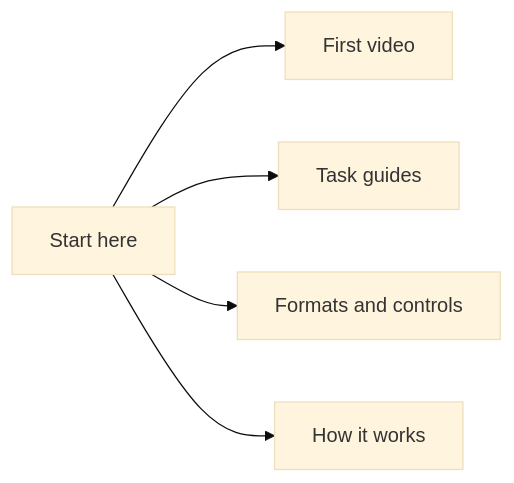
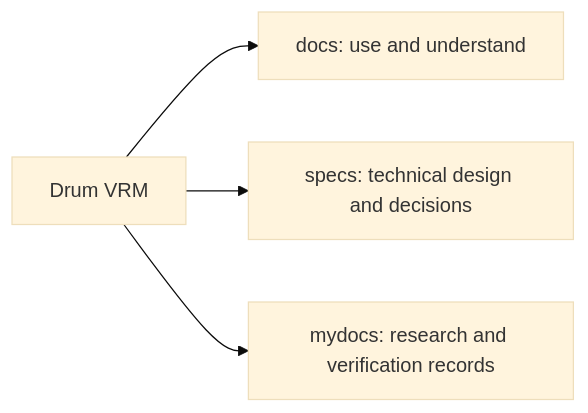
Before and after one commit to postmelee/drum-vrm: the diagram in README.md, drawn with Mermaid (base theme). The commit also changed other lines of this file and 9 other files, not shown here.

Commit message:
Task #36 Stage 3 + final report: enforce documentation integrity and record verification

````diff
--- a/README.md
+++ b/README.md
@@ -13,7 +13,6 @@
 ```mermaid
 flowchart LR
-  Start["Start here"] --> Learn["First video"]
-  Start --> Do["Task guides"]
-  Start --> Look["Formats and controls"]
-  Start --> Why["How it works"]
+  Start["Drum VRM"] --> Guides["docs: use and understand"]
+  Start --> Design["specs: technical design and decisions"]
+  Start --> Records["mydocs: research and verification records"]
 ```
````
